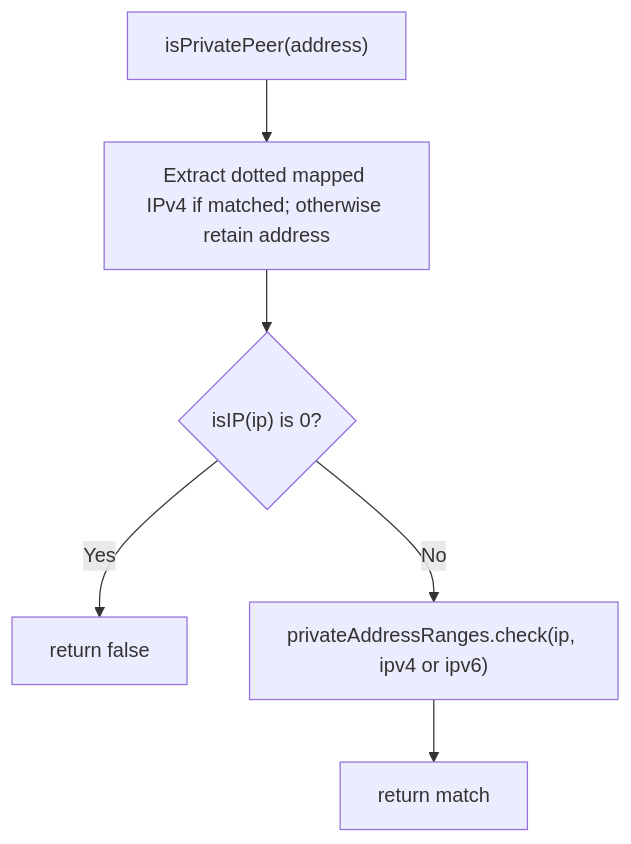
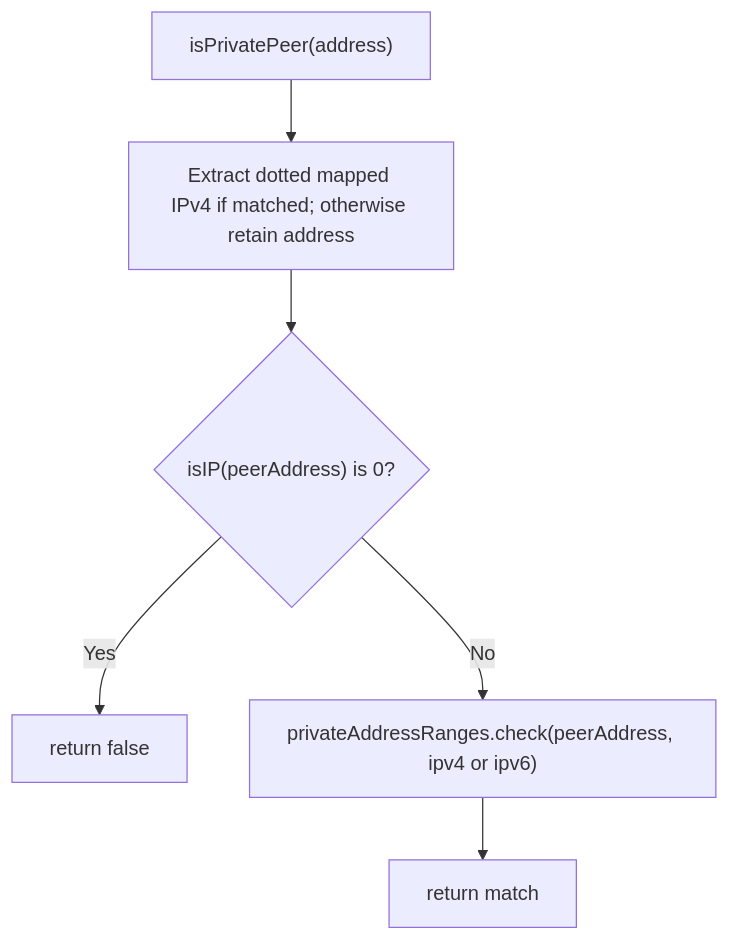
The second of 2 diagrams in user-stories/US-ORIGIN-04-trust-private-proxy.md (Kevinjohn/oss-adonisjs-origin-guard), drawn with Mermaid before and after one commit. The commit also changed other lines of this file and 7 other files, not shown here.

````diff
--- a/user-stories/US-ORIGIN-04-trust-private-proxy.md
+++ b/user-stories/US-ORIGIN-04-trust-private-proxy.md
@@ -40,8 +40,8 @@
 ```mermaid
 flowchart TD
     A["isPrivatePeer(address)"] --> B["Extract dotted mapped IPv4 if matched; otherwise retain address"]
-    B --> C{"isIP(ip) is 0?"}
+    B --> C{"isIP(peerAddress) is 0?"}
     C -->|Yes| D["return false"]
-    C -->|No| E["privateAddressRanges.check(ip, ipv4 or ipv6)"]
+    C -->|No| E["privateAddressRanges.check(peerAddress, ipv4 or ipv6)"]
     E --> F["return match"]
 ```
````
